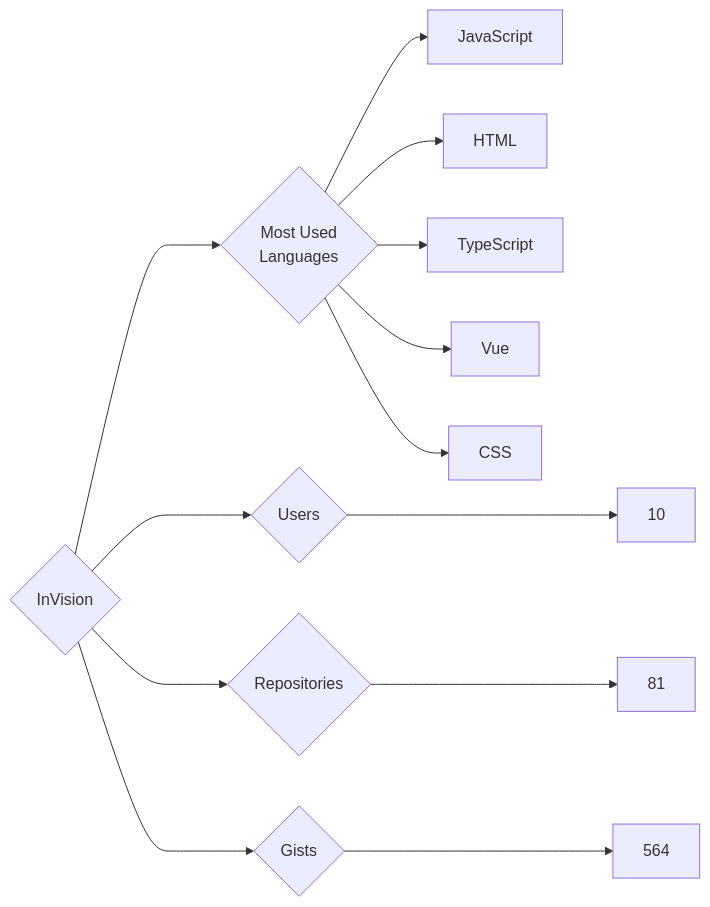
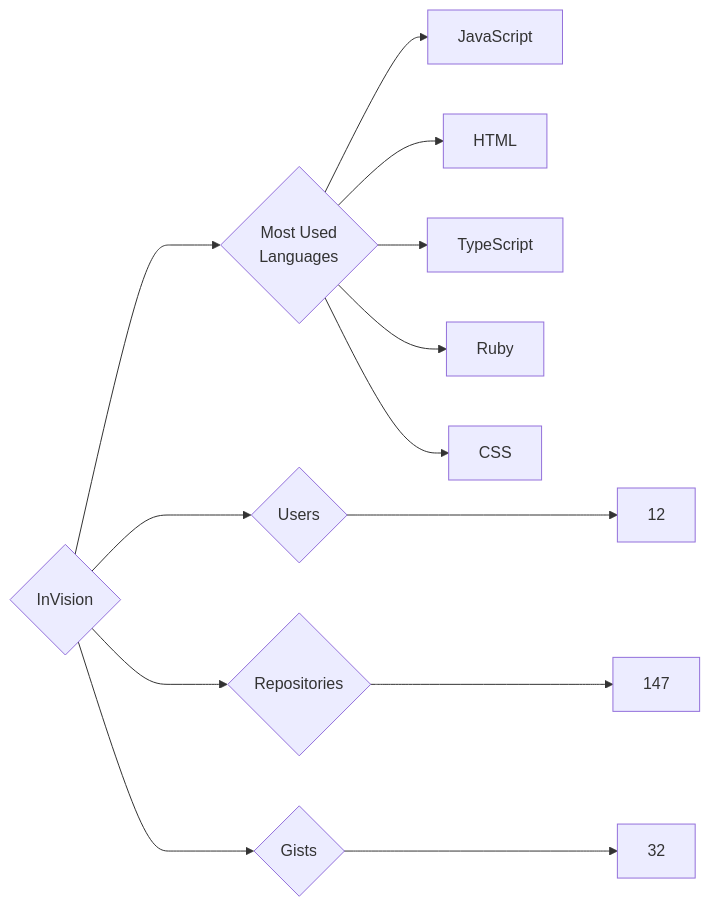
The diagram in targets/InVision/README.md (trickest/insiders), drawn with Mermaid before and after one commit. The commit also changed 657 other files, not shown here.

````diff
--- a/targets/InVision/README.md
+++ b/targets/InVision/README.md
@@ -3,13 +3,13 @@
 ```mermaid
 graph LR
 COMPANY_NAME{InVision}
-COMPANY_NAME ---> U{Users} ---> UN[10]
-COMPANY_NAME ---> R{Repositories} ---> RN[81]
-COMPANY_NAME ---> G{Gists} ---> GN[564]
+COMPANY_NAME ---> U{Users} ---> UN[12]
+COMPANY_NAME ---> R{Repositories} ---> RN[147]
+COMPANY_NAME ---> G{Gists} ---> GN[32]
 COMPANY_NAME ---> ML{Most Used<br>Languages}
 ML --> JavaScript[JavaScript]
 ML --> HTML[HTML]
 ML --> TypeScript[TypeScript]
-ML --> Vue[Vue]
+ML --> Ruby[Ruby]
 ML --> CSS[CSS]
 ```
````
